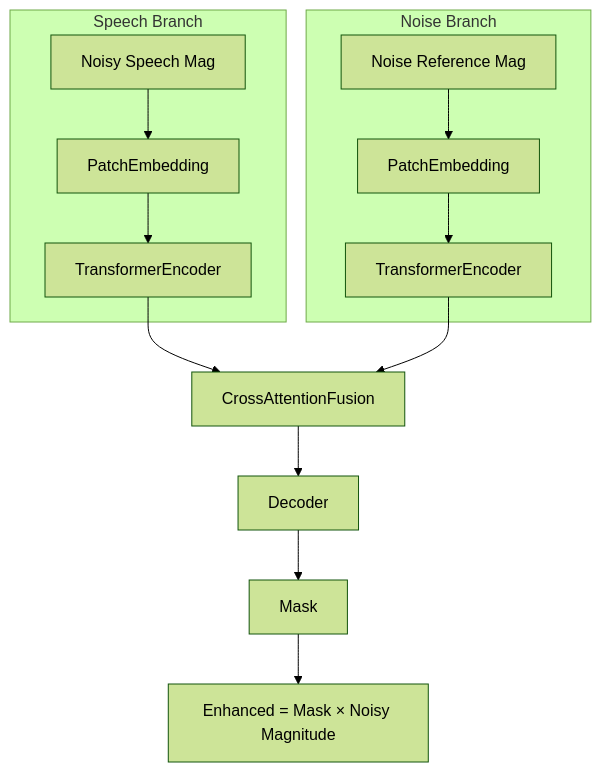
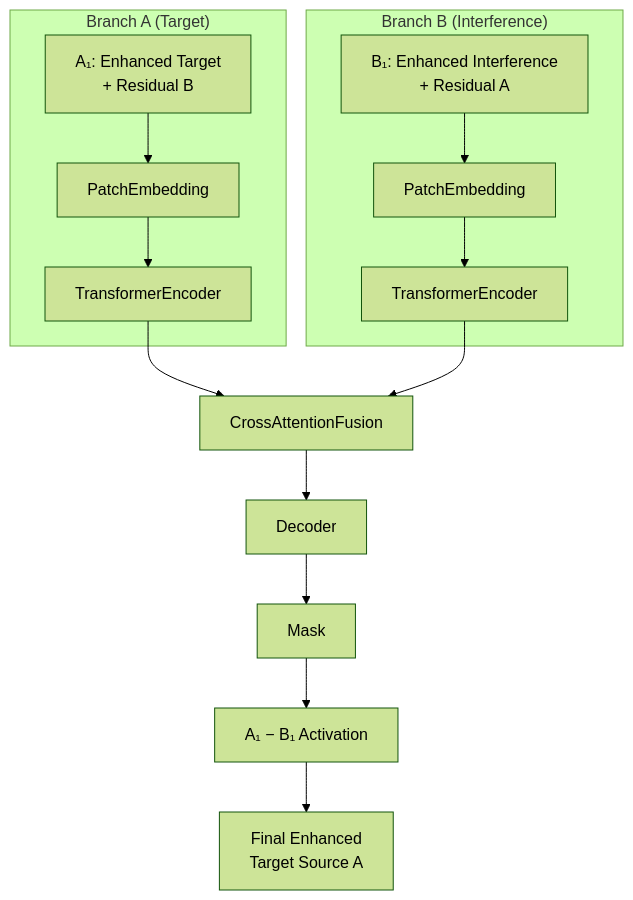
One commit to 1052554665/mvdr-based-on-multi-arm-spiral-array changed the third of 3 diagrams in README.md. Above: the diagram before and after it, drawn with Mermaid (forest theme). The commit also changed other lines of this file and 1 other file, not shown here.

````diff
--- a/README.md
+++ b/README.md
@@ -251,16 +320,17 @@
 ```mermaid
 flowchart TD
-    subgraph Speech Branch
-        A1[Noisy Speech Mag] --> B1[PatchEmbedding]
-        B1 --> C1[TransformerEncoder]
+    subgraph Branch_A["Branch A (Target)"]
+        A1["A₁: Enhanced Target<br/>+ Residual B"] --> B1["PatchEmbedding"]
+        B1 --> C1["TransformerEncoder"]
     end
-    subgraph Noise Branch
-        A2[Noise Reference Mag] --> B2[PatchEmbedding]
-        B2 --> C2[TransformerEncoder]
+    subgraph Branch_B["Branch B (Interference)"]
+        A2["B₁: Enhanced Interference<br/>+ Residual A"] --> B2["PatchEmbedding"]
+        B2 --> C2["TransformerEncoder"]
     end
-    C1 --> D[CrossAttentionFusion]
+    C1 --> D["CrossAttentionFusion"]
     C2 --> D
-    D --> E[Decoder]
-    E --> F[Mask]
-    F --> G["Enhanced = Mask × Noisy Magnitude"]
+    D --> E["Decoder"]
+    E --> F["Mask"]
+    F --> G["A₁ − B₁ Activation"]
+    G --> H["Final Enhanced<br/>Target Source A"]
 ```
````
